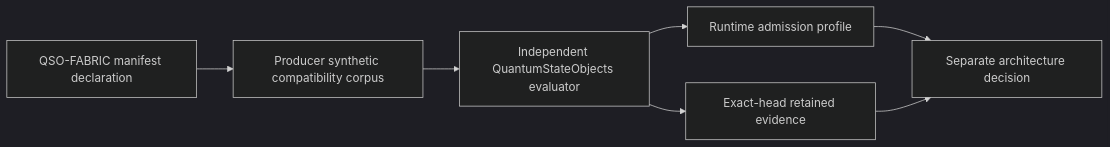
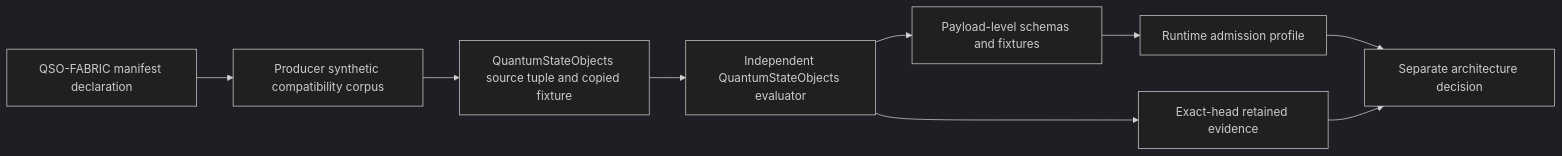
One commit to aevespers2/QuantumStateObjects changed the diagram in docs/fabric-interface-compatibility.md. Above: the diagram before and after it, drawn with Mermaid (dark theme). The commit also changed other lines of this file, not shown here.

````diff
--- a/docs/fabric-interface-compatibility.md
+++ b/docs/fabric-interface-compatibility.md
@@ -29,16 +43,20 @@
 ```mermaid
 flowchart LR
     M[QSO-FABRIC manifest declaration]
     C[Producer synthetic compatibility corpus]
+    T[QuantumStateObjects source tuple and copied fixture]
     I[Independent QuantumStateObjects evaluator]
+    P[Payload-level schemas and fixtures]
     R[Runtime admission profile]
     E[Exact-head retained evidence]
     A[Separate architecture decision]
 
     M --> C
-    C --> I
-    I --> R
+    C --> T
+    T --> I
+    I --> P
+    P --> R
     I --> E
     R --> A
     E --> A
 ```
````
